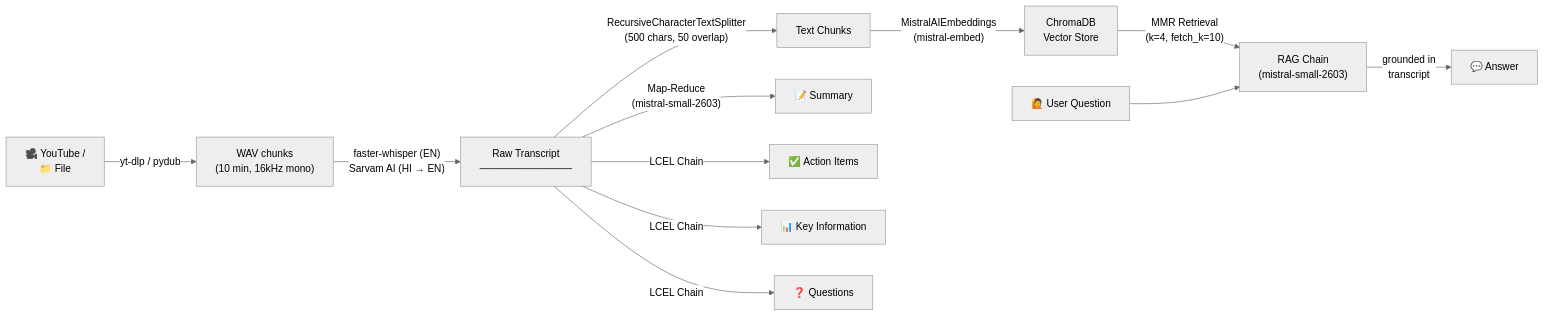
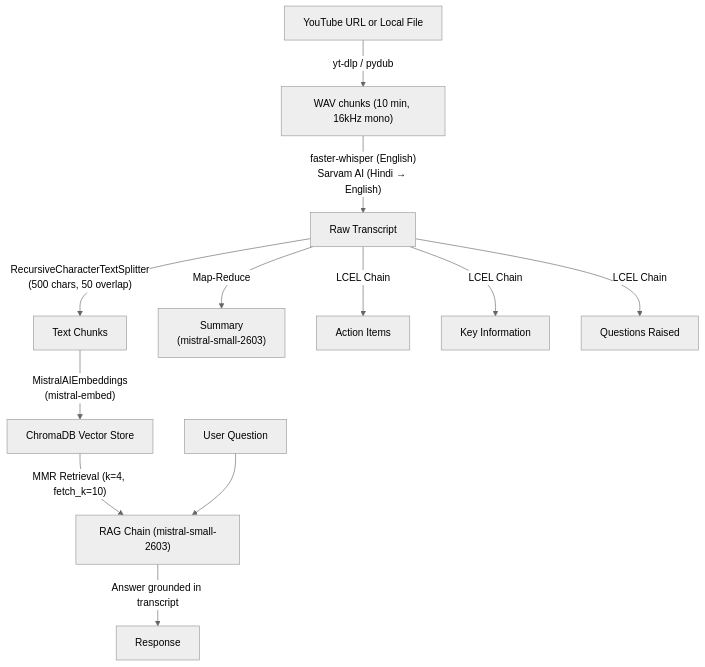
Before and after one commit to TexZ-GenZ/AI-Video-Assistant: the diagram in README.md, drawn with Mermaid (neutral theme).

Commit message:
readme update

````diff
--- a/README.md
+++ b/README.md
@@ -9,17 +9,17 @@
 ```mermaid
-flowchart LR
-    Source["🎥 YouTube /<br>📁 File"] -->|"yt-dlp / pydub"| Audio["WAV chunks<br>(10 min, 16kHz mono)"]
-    Audio -->|"faster-whisper (EN)<br>Sarvam AI (HI → EN)"| Transcript["Raw Transcript<br>─────────────"]
+flowchart TB
+    Source["YouTube URL or Local File"] -->|"yt-dlp / pydub"| Audio["WAV chunks (10 min, 16kHz mono)"]
+    Audio -->|"faster-whisper (English)<br>Sarvam AI (Hindi → English)"| Transcript["Raw Transcript"]
 
     Transcript -->|"RecursiveCharacterTextSplitter<br>(500 chars, 50 overlap)"| Chunks["Text Chunks"]
-    Chunks -->|"MistralAIEmbeddings<br>(mistral-embed)"| Chroma["ChromaDB<br>Vector Store"]
+    Chunks -->|"MistralAIEmbeddings<br>(mistral-embed)"| Chroma["ChromaDB Vector Store"]
 
-    Transcript -->|"Map-Reduce<br>(mistral-small-2603)"| Summary["📝 Summary"]
-    Transcript -->|"LCEL Chain"| Actions["✅ Action Items"]
-    Transcript -->|"LCEL Chain"| KeyInfo["📊 Key Information"]
-    Transcript -->|"LCEL Chain"| Questions["❓ Questions"]
+    Transcript -->|"Map-Reduce"| Summary["Summary<br>(mistral-small-2603)"]
+    Transcript -->|"LCEL Chain"| Actions["Action Items"]
+    Transcript -->|"LCEL Chain"| KeyInfo["Key Information"]
+    Transcript -->|"LCEL Chain"| Questions["Questions Raised"]
 
-    Chroma -->|"MMR Retrieval<br>(k=4, fetch_k=10)"| RAG["RAG Chain<br>(mistral-small-2603)"]
-    UserQ["🙋 User Question"] --> RAG
-    RAG -->|"grounded in<br>transcript"| Answer["💬 Answer"]
+    Chroma -->|"MMR Retrieval (k=4, fetch_k=10)"| RAG["RAG Chain (mistral-small-2603)"]
+    UserQ["User Question"] --> RAG
+    RAG -->|"Answer grounded in transcript"| Answer["Response"]
 ```
````
